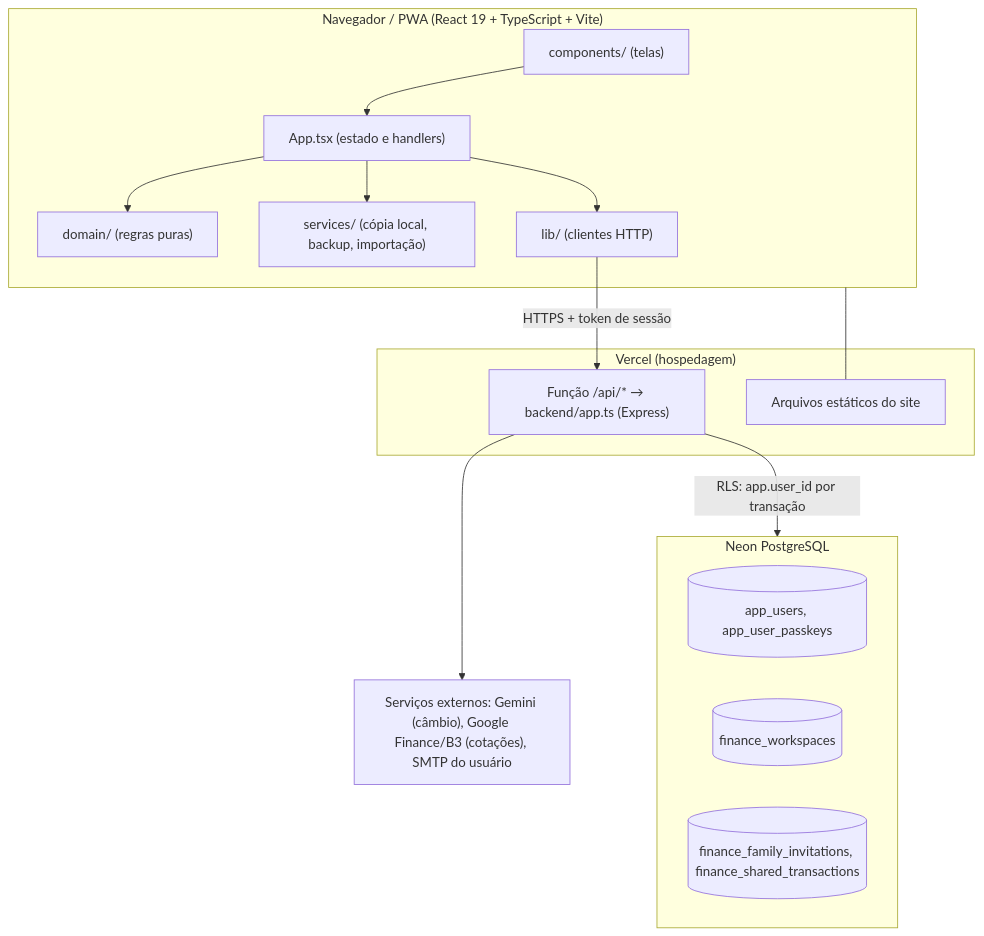
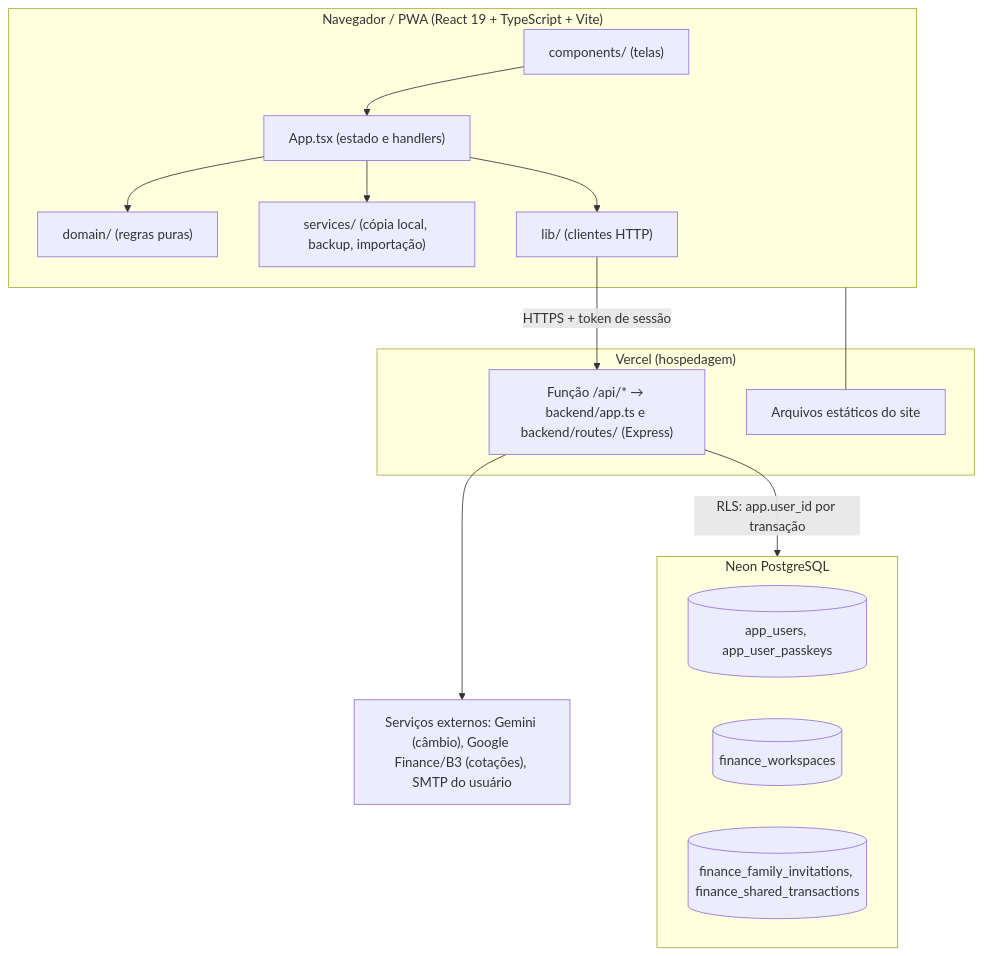
Before and after one commit to cascaoconcurseiro/Minhas-: the diagram in docs/tecnico/arquitetura.md, drawn with Mermaid. The commit also changed other lines of this file and 16 other files, not shown here.

````diff
--- a/docs/tecnico/arquitetura.md
+++ b/docs/tecnico/arquitetura.md
@@ -5,27 +5,27 @@
 ```mermaid
 flowchart TD
     subgraph Navegador["Navegador / PWA (React 19 + TypeScript + Vite)"]
         UI["components/ (telas)"]
         APP["App.tsx (estado e handlers)"]
         DOM["domain/ (regras puras)"]
         SVC["services/ (cópia local, backup, importação)"]
         LIB["lib/ (clientes HTTP)"]
         UI --> APP --> DOM
         APP --> SVC
         APP --> LIB
     end
     subgraph Vercel["Vercel (hospedagem)"]
         STATIC["Arquivos estáticos do site"]
-        FN["Função /api/* → backend/app.ts (Express)"]
+        FN["Função /api/* → backend/app.ts e backend/routes/ (Express)"]
     end
     subgraph Neon["Neon PostgreSQL"]
         U[(app_users, app_user_passkeys)]
         W[(finance_workspaces)]
         F[(finance_family_invitations, finance_shared_transactions)]
     end
     EXT["Serviços externos: Gemini (câmbio), Google Finance/B3 (cotações), SMTP do usuário"]
     LIB -->|"HTTPS + token de sessão"| FN
     FN -->|"RLS: app.user_id por transação"| Neon
     FN --> EXT
     Navegador --- STATIC
 ```
````
